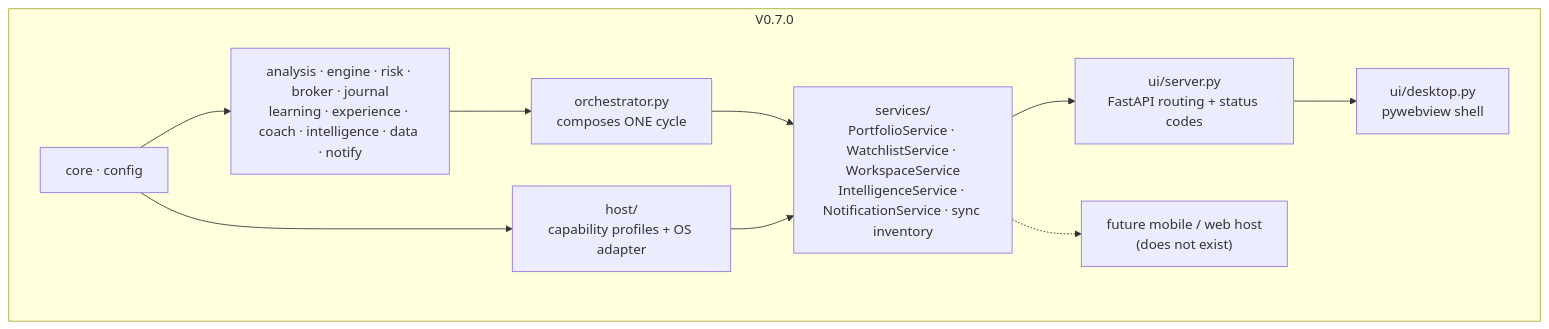
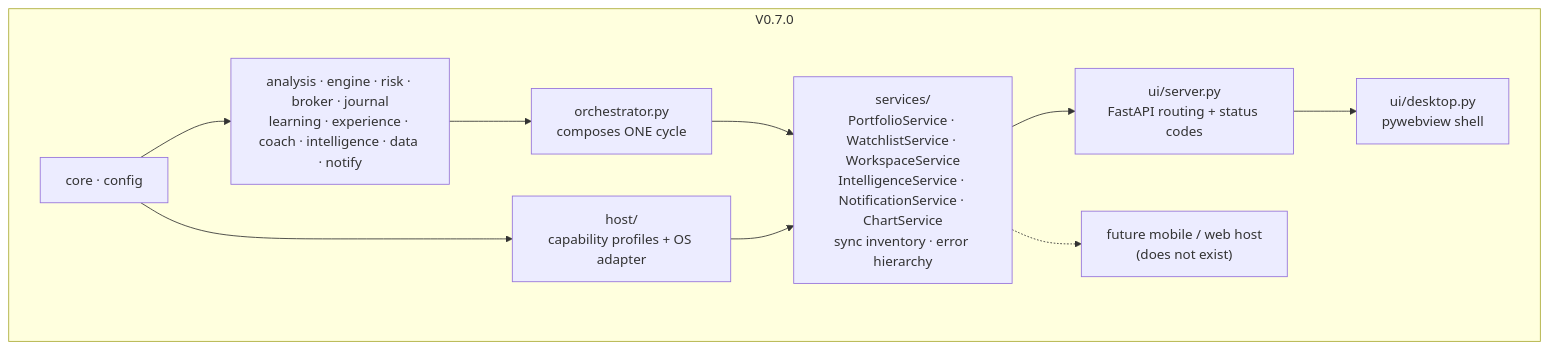
One commit to vereglover-star/OptionsPilot changed the diagram in docs/ARCHITECTURE-PLATFORM.md. Above: the diagram before and after it, drawn with Mermaid. The commit also changed other lines of this file and 14 other files, not shown here.

````diff
--- a/docs/ARCHITECTURE-PLATFORM.md
+++ b/docs/ARCHITECTURE-PLATFORM.md
@@ -29,22 +29,22 @@
 ```mermaid
 graph TB
     subgraph After["V0.7.0"]
         A_CORE["core · config"]
         A_HOST["host/<br/>capability profiles + OS adapter"]
         A_DOM["analysis · engine · risk · broker · journal<br/>learning · experience · coach · intelligence · data · notify"]
         A_ORCH["orchestrator.py<br/>composes ONE cycle"]
-        A_SVC["services/<br/>PortfolioService · WatchlistService · WorkspaceService<br/>IntelligenceService · NotificationService · sync inventory"]
+        A_SVC["services/<br/>PortfolioService · WatchlistService · WorkspaceService<br/>IntelligenceService · NotificationService · ChartService<br/>sync inventory · error hierarchy"]
         A_UI["ui/server.py<br/>FastAPI routing + status codes"]
         A_WV["ui/desktop.py<br/>pywebview shell"]
         A_FUT["future mobile / web host<br/>(does not exist)"]
 
         A_CORE --> A_HOST
         A_CORE --> A_DOM
         A_DOM --> A_ORCH
         A_ORCH --> A_SVC
         A_HOST --> A_SVC
         A_SVC --> A_UI
         A_SVC -.-> A_FUT
         A_UI --> A_WV
     end
 ```
````
